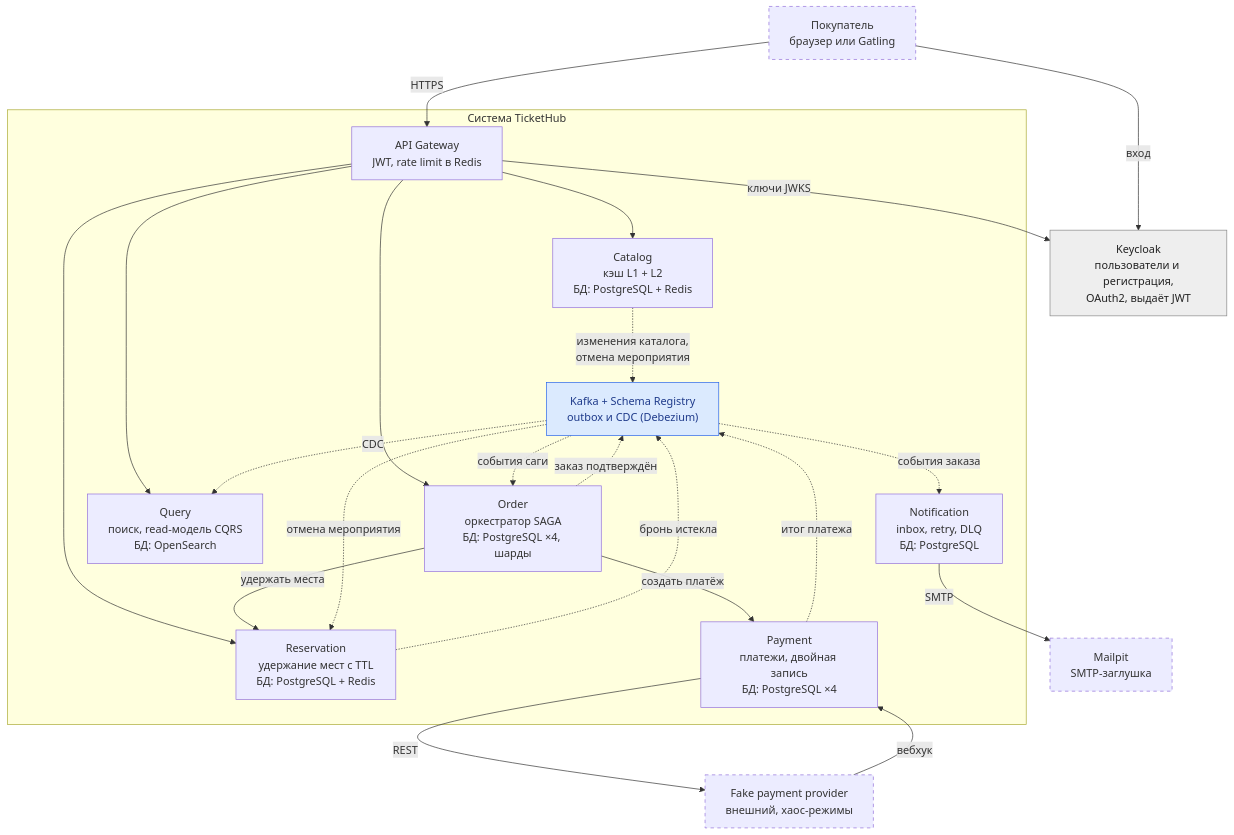
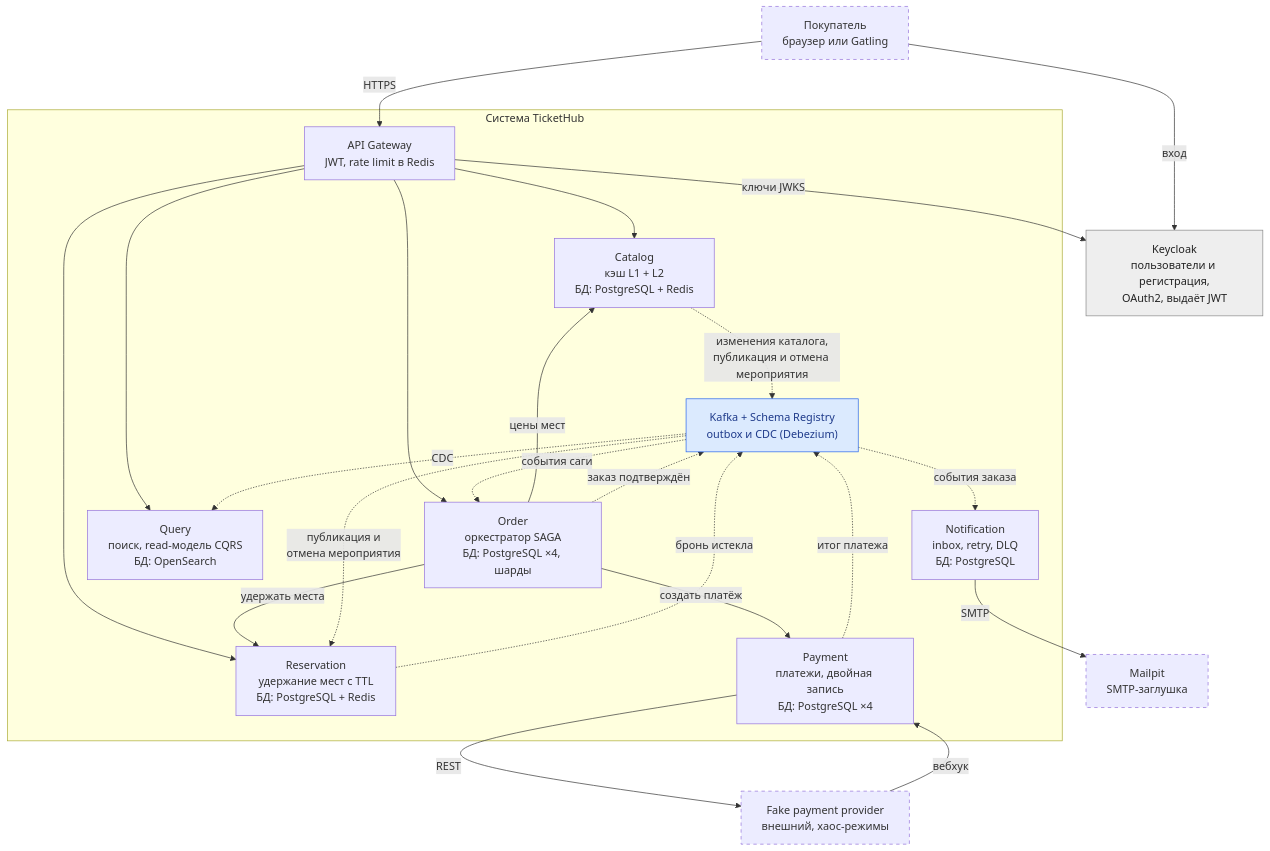
The first of 4 diagrams in docs/architecture.md (hokkaidox/tickethub), drawn with Mermaid before and after one commit. The commit also changed other lines of this file and 3 other files, not shown here.

````diff
--- a/docs/architecture.md
+++ b/docs/architecture.md
@@ -7,51 +7,52 @@
 ```mermaid
 flowchart TB
     client["Покупатель<br/>браузер или Gatling"]:::ext
     keycloak["Keycloak<br/>пользователи и регистрация,<br/>OAuth2, выдаёт JWT"]:::infra
 
     subgraph tickethub["Система TicketHub"]
         gateway["API Gateway<br/>JWT, rate limit в Redis"]
 
         catalog["Catalog<br/>кэш L1 + L2<br/>БД: PostgreSQL + Redis"]
         reservation["Reservation<br/>удержание мест с TTL<br/>БД: PostgreSQL + Redis"]
         order["Order<br/>оркестратор SAGA<br/>БД: PostgreSQL ×4, шарды"]
         payment["Payment<br/>платежи, двойная запись<br/>БД: PostgreSQL ×4"]
         query["Query<br/>поиск, read-модель CQRS<br/>БД: OpenSearch"]
 
         kafka["Kafka + Schema Registry<br/>outbox и CDC (Debezium)"]:::bus
 
         notification["Notification<br/>inbox, retry, DLQ<br/>БД: PostgreSQL"]
     end
 
     provider["Fake payment provider<br/>внешний, хаос-режимы"]:::ext
     mailpit["Mailpit<br/>SMTP-заглушка"]:::ext
 
     client -- HTTPS --> gateway
     client -- вход --> keycloak
     gateway -- ключи JWKS --> keycloak
 
     gateway --> catalog
     gateway --> reservation
     gateway --> order
     gateway --> query
 
+    order -- цены мест --> catalog
     order -- удержать места --> reservation
     order -- создать платёж --> payment
     payment -- REST --> provider
     provider -- вебхук --> payment
 
-    catalog -. изменения каталога,<br/>отмена мероприятия .-> kafka
-    kafka -. отмена мероприятия .-> reservation
+    catalog -. изменения каталога,<br/>публикация и отмена мероприятия .-> kafka
+    kafka -. публикация и<br/>отмена мероприятия .-> reservation
     reservation -. бронь истекла .-> kafka
     payment -. итог платежа .-> kafka
     order -. заказ подтверждён .-> kafka
     kafka -. события саги .-> order
     kafka -. CDC .-> query
     kafka -. события заказа .-> notification
 
     notification -- SMTP --> mailpit
 
     classDef ext stroke-dasharray: 5 5
     classDef infra fill:#eeeeee,stroke:#888888,color:#222222
     classDef bus fill:#dbeafe,stroke:#2563eb,color:#1e3a8a
 ```
````
